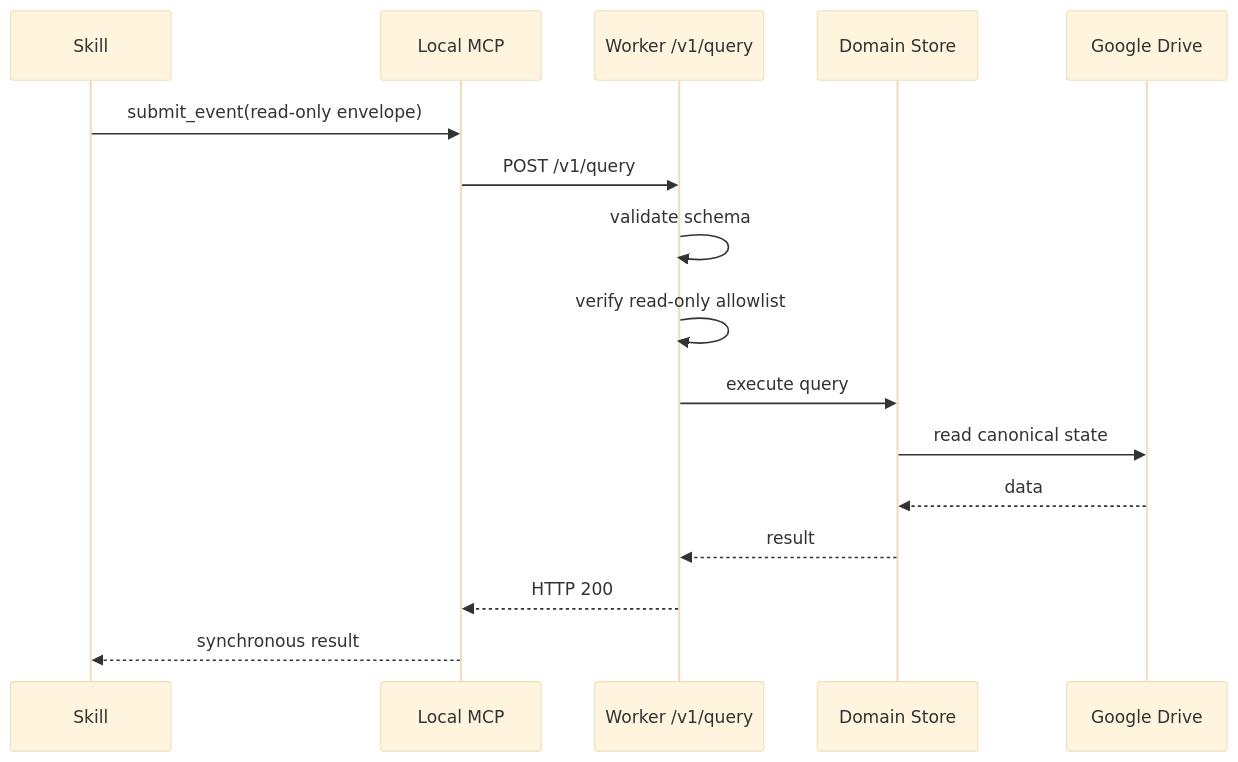
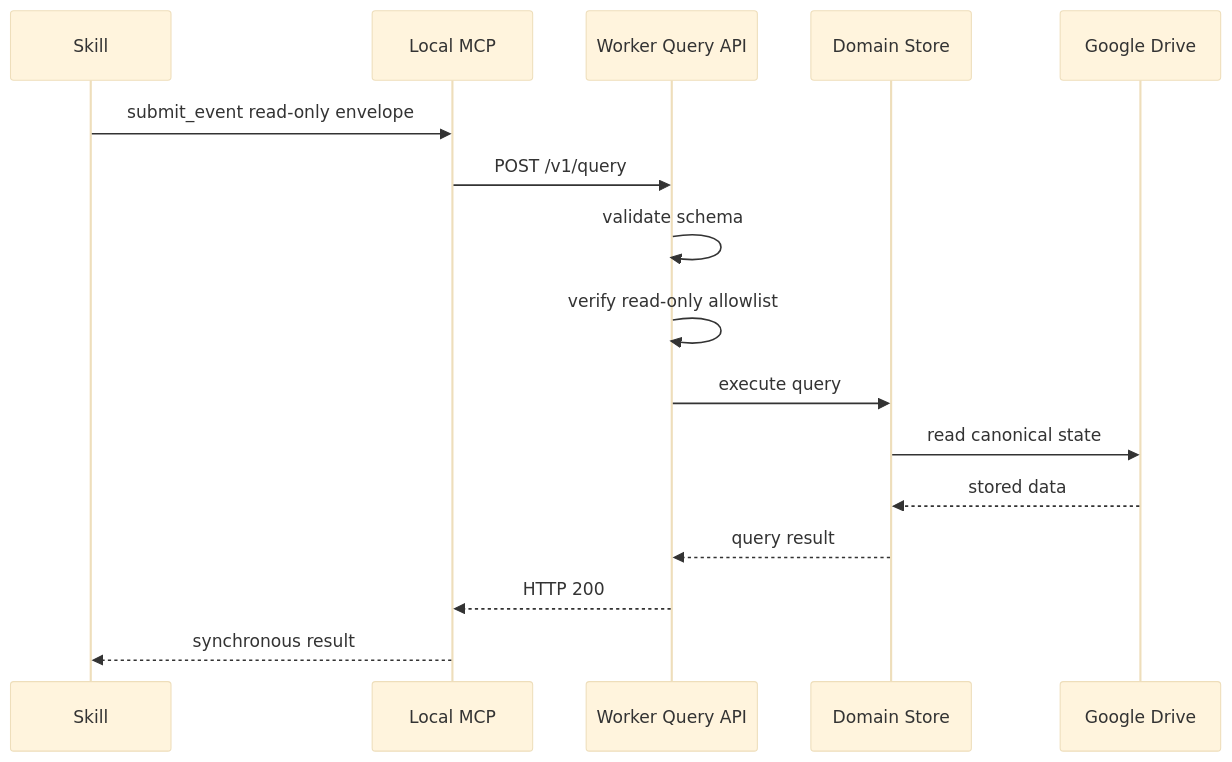
Before and after one commit to gitgotcha/my-chatgpt-mcp: diagram 12 of 32 in README.md, drawn with Mermaid (base theme). The commit also changed other lines of this file, not shown here.

````diff
--- a/README.md
+++ b/README.md
@@ -1178,24 +1227,22 @@
 ```mermaid
 sequenceDiagram
-
     participant S as Skill
     participant M as Local MCP
-    participant W as Worker /v1/query
+    participant W as Worker Query API
     participant D as Domain Store
     participant G as Google Drive
 
-    S->>M: submit_event(read-only envelope)
-
+    S->>M: submit_event read-only envelope
     M->>W: POST /v1/query
 
     W->>W: validate schema
     W->>W: verify read-only allowlist
 
     W->>D: execute query
     D->>G: read canonical state
 
-    G-->>D: data
-    D-->>W: result
+    G-->>D: stored data
+    D-->>W: query result
     W-->>M: HTTP 200
     M-->>S: synchronous result
 ```
````
